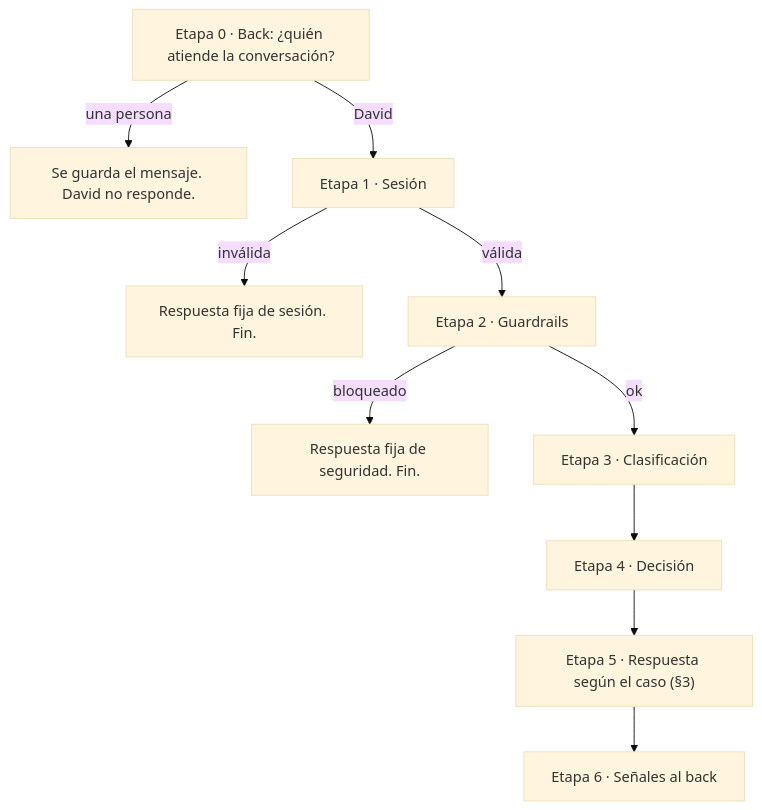
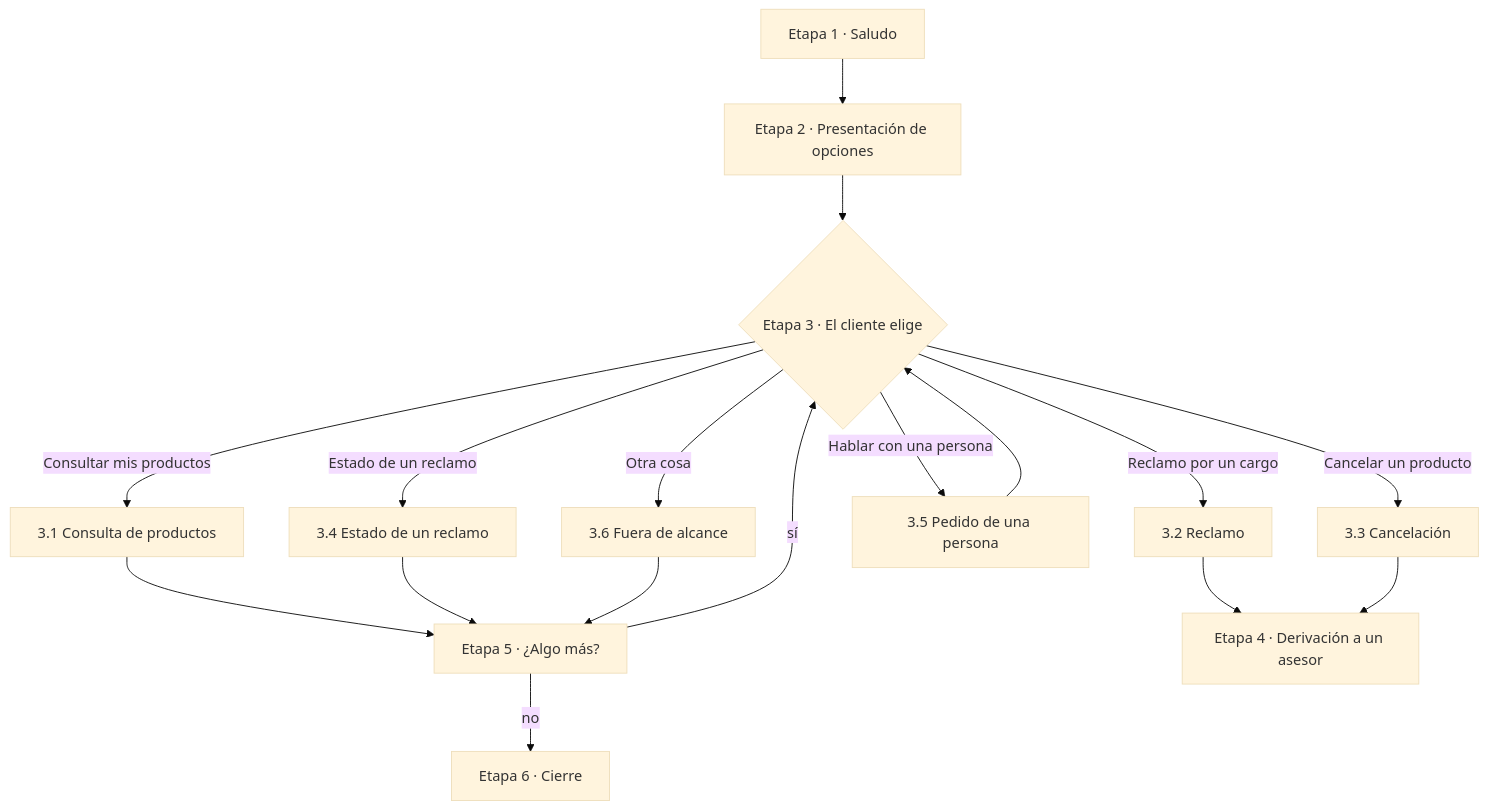
One commit to pqbas/factored-hackathon-2026-zenit changed the first of 2 diagrams in docs/flujo-atencion.md. Above: the diagram before and after it, drawn with Mermaid (base theme). The commit also changed other lines of this file, not shown here.

Commit message:
Organize the attention flow by conversation stage: greeting, options, each option's steps, handoff, close

````diff
--- a/docs/flujo-atencion.md
+++ b/docs/flujo-atencion.md
@@ -27,12 +22,19 @@
 ```mermaid
 flowchart TD
-    B0["Etapa 0 · Back: ¿quién atiende la conversación?"] -->|una persona| H["Se guarda el mensaje. David no responde."]
-    B0 -->|David| E1["Etapa 1 · Sesión"]
-    E1 -->|inválida| R1["Respuesta fija de sesión. Fin."]
-    E1 -->|válida| E2["Etapa 2 · Guardrails"]
-    E2 -->|bloqueado| R2["Respuesta fija de seguridad. Fin."]
-    E2 -->|ok| E3["Etapa 3 · Clasificación"]
-    E3 --> E4["Etapa 4 · Decisión"]
-    E4 --> E5["Etapa 5 · Respuesta según el caso (§3)"]
-    E5 --> E6["Etapa 6 · Señales al back"]
+    S["Etapa 1 · Saludo"] --> P["Etapa 2 · Presentación de opciones"]
+    P --> A{"Etapa 3 · El cliente elige"}
+    A -->|Consultar mis productos| C["3.1 Consulta de productos"]
+    A -->|Reclamo por un cargo| R["3.2 Reclamo"]
+    A -->|Cancelar un producto| X["3.3 Cancelación"]
+    A -->|Estado de un reclamo| E["3.4 Estado de un reclamo"]
+    A -->|Hablar con una persona| H["3.5 Pedido de una persona"]
+    A -->|Otra cosa| O["3.6 Fuera de alcance"]
+    C --> M["Etapa 5 · ¿Algo más?"]
+    E --> M
+    O --> M
+    H --> A
+    R --> D["Etapa 4 · Derivación a un asesor"]
+    X --> D
+    M -->|sí| A
+    M -->|no| F["Etapa 6 · Cierre"]
 ```
````
